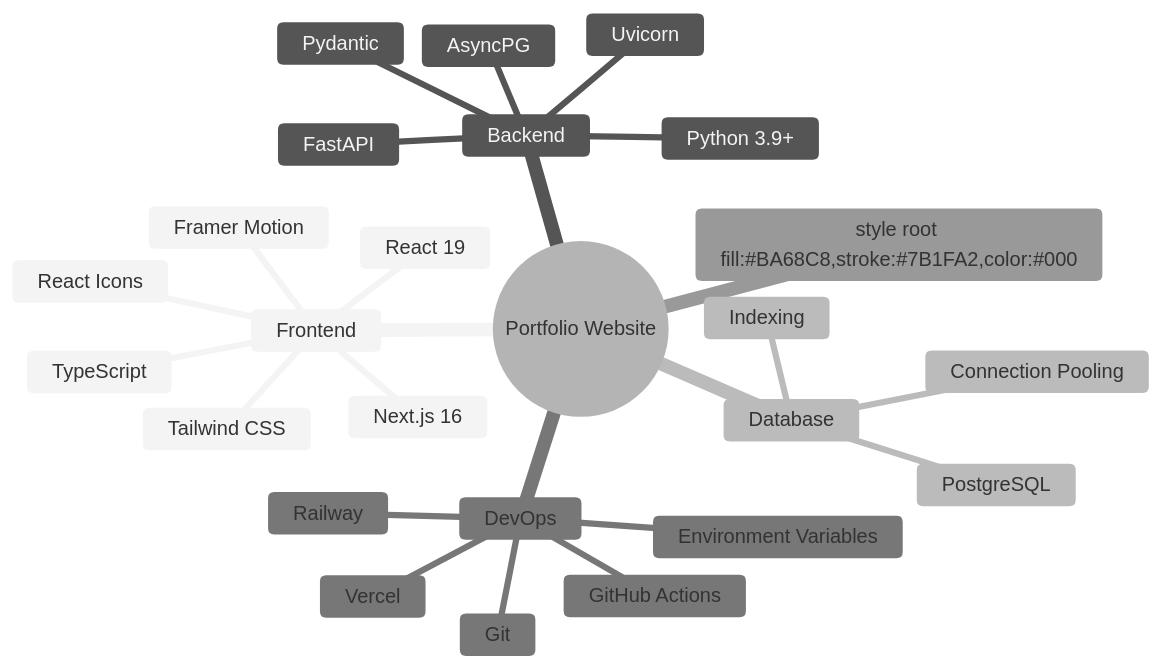
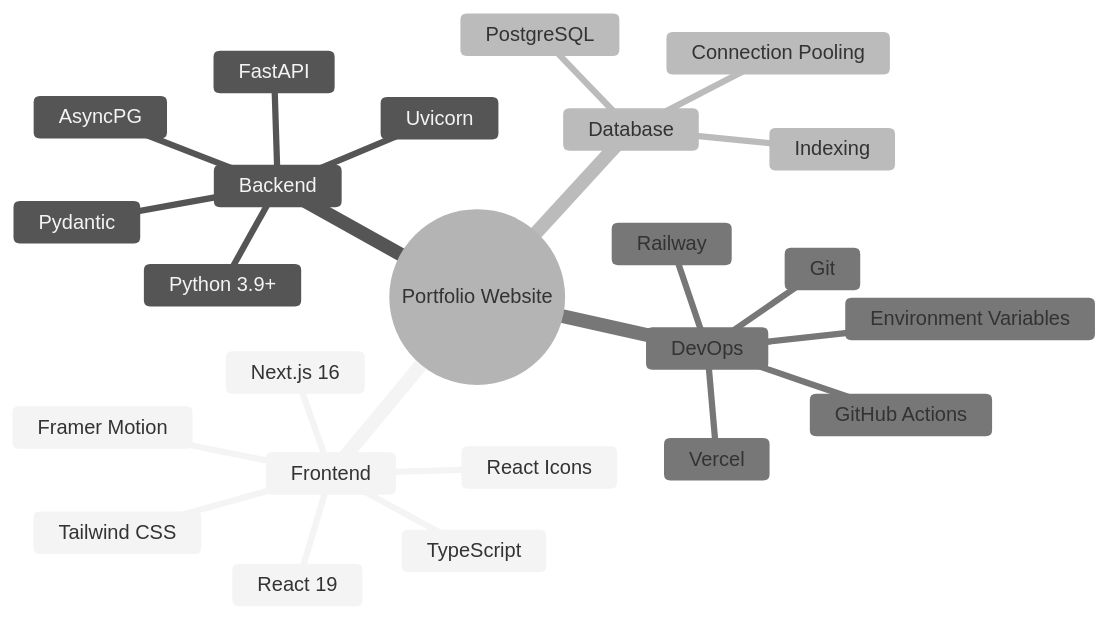
One commit to merma1509/Portfolio-Website changed the fifth of 5 diagrams in README.md. Above: the diagram before and after it, drawn with Mermaid (neutral theme). The commit also changed other lines of this file, not shown here.

````diff
--- a/README.md
+++ b/README.md
@@ -265,29 +265,27 @@
 ```mermaid
 mindmap
   root((Portfolio Website))
     Frontend
       Next.js 16
       React 19
       TypeScript
       Tailwind CSS
       Framer Motion
       React Icons
     Backend
       FastAPI
       Python 3.9+
       Uvicorn
       Pydantic
       AsyncPG
     Database
       PostgreSQL
       Connection Pooling
       Indexing
     DevOps
       Git
       Vercel
       Railway
       GitHub Actions
       Environment Variables
-
-    style root fill:#BA68C8,stroke:#7B1FA2,color:#000
 ```
````
